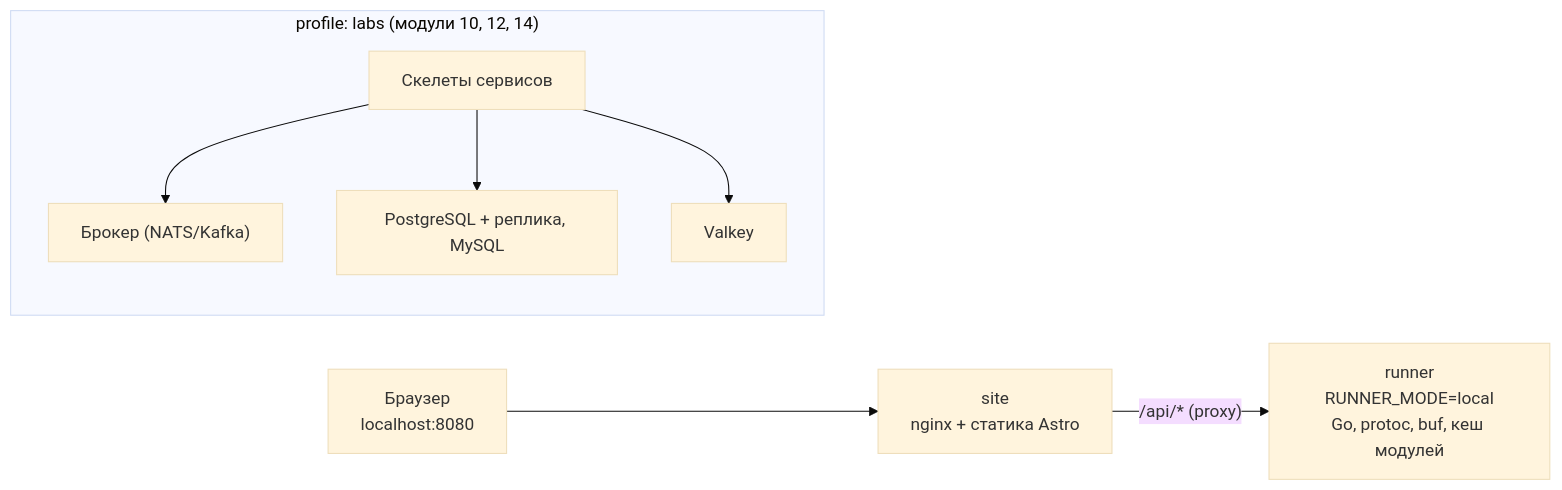
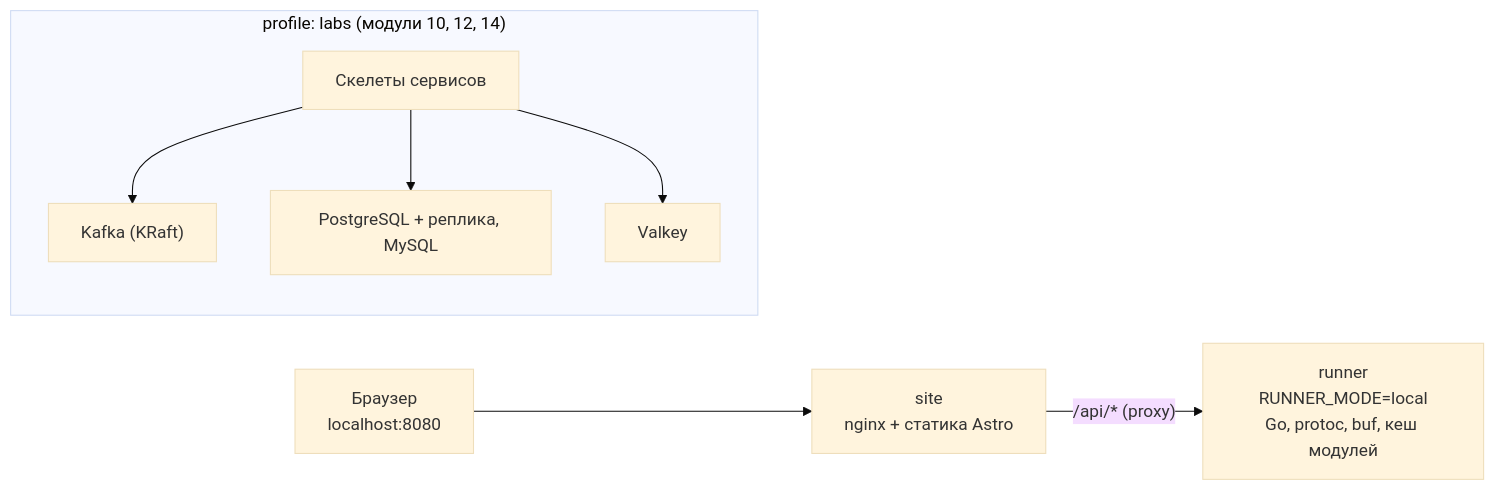
Before and after one commit to sergieinv/go-tutor: the second of 4 diagrams in docs/PLAN.md, drawn with Mermaid (base theme). The commit also changed other lines of this file, not shown here.

Commit message:
Plan: Kafka with franz-go as the message broker

````diff
--- a/docs/PLAN.md
+++ b/docs/PLAN.md
@@ -97,14 +97,14 @@
 ```mermaid
 flowchart LR
     user["Браузер<br/>localhost:8080"] --> site["site<br/>nginx + статика Astro"]
     site -- "/api/* (proxy)" --> runner["runner<br/>RUNNER_MODE=local<br/>Go, protoc, buf, кеш модулей"]
     subgraph labs["profile: labs (модули 10, 12, 14)"]
-        broker["Брокер (NATS/Kafka)"]
+        broker["Kafka (KRaft)"]
         db["PostgreSQL + реплика, MySQL"]
         cache["Valkey"]
         svcs["Скелеты сервисов"]
     end
     svcs --> broker
     svcs --> db
     svcs --> cache
 ```
````
